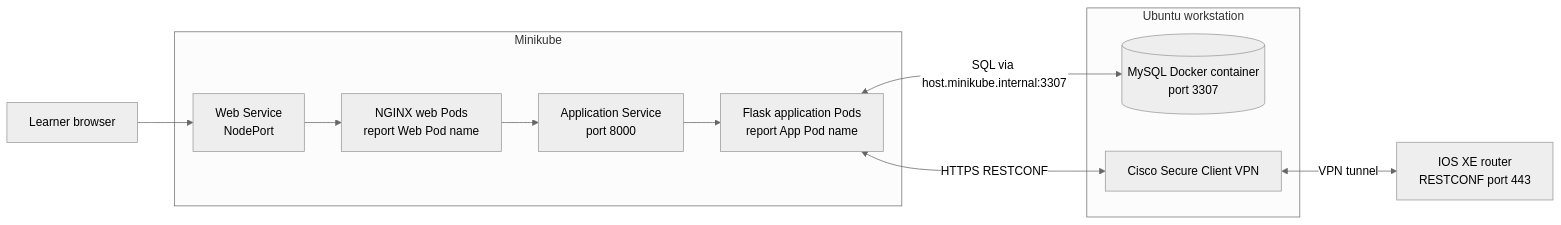
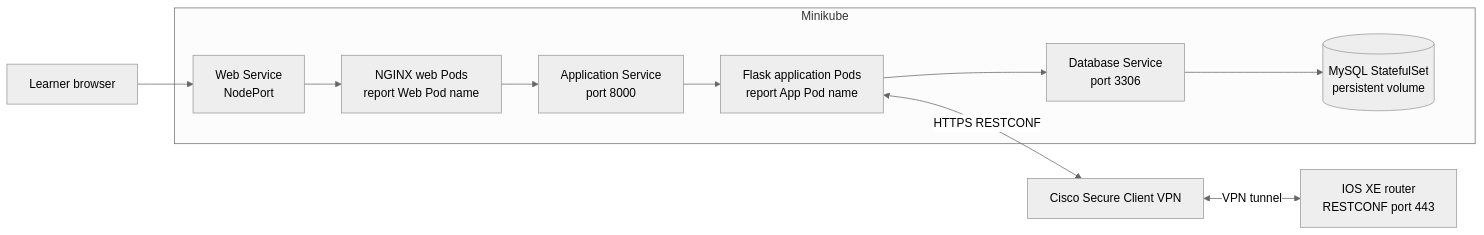
One commit to tanthanh85/devops changed the diagram in lab/Lab 04 - Deploy and Scale on Kubernetes/Lab4.md. Above: the diagram before and after it, drawn with Mermaid (neutral theme). The commit also changed other lines of this file and 5 other files, not shown here.

````diff
--- a/lab/Lab 04 - Deploy and Scale on Kubernetes/Lab4.md
+++ b/lab/Lab 04 - Deploy and Scale on Kubernetes/Lab4.md
@@ -31,27 +31,26 @@
 ```mermaid
 flowchart LR
     B["Learner browser"]
 
     subgraph K["Minikube"]
         WS["Web Service<br/>NodePort"]
         W["NGINX web Pods<br/>report Web Pod name"]
         AS["Application Service<br/>port 8000"]
         A["Flask application Pods<br/>report App Pod name"]
+        DS["Database Service<br/>port 3306"]
+        D[("MySQL StatefulSet<br/>persistent volume")]
 
         WS --> W
         W --> AS
         AS --> A
+        A --> DS
+        DS --> D
     end
 
-    subgraph U["Ubuntu workstation"]
-        D[("MySQL Docker container<br/>port 3307")]
-        V["Cisco Secure Client VPN"]
-    end
-
+    V["Cisco Secure Client VPN"]
     R["IOS XE router<br/>RESTCONF port 443"]
 
     B --> WS
-    A <-->|"SQL via host.minikube.internal:3307"| D
     A <-->|"HTTPS RESTCONF"| V
     V <-->|"VPN tunnel"| R
 ```
````
